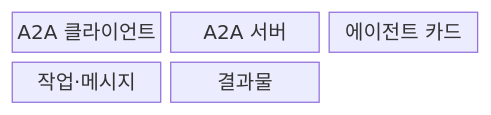
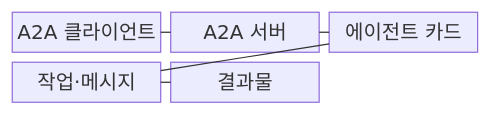
Before and after one commit to agnusdei1207/knowledge-base: the first of 2 diagrams in src/content/docs/notes/08-latest-tech/012_agent_to_agent_protocol.md, drawn with Mermaid. The commit also changed other lines of this file and 228 other files, not shown here.

````diff
--- a/src/content/docs/notes/08-latest-tech/012_agent_to_agent_protocol.md
+++ b/src/content/docs/notes/08-latest-tech/012_agent_to_agent_protocol.md
@@ -53,9 +52,13 @@
 ```mermaid
 block-beta
     columns 3
     C["A2A 클라이언트"]
     S["A2A 서버"]
     D["에이전트 카드"]
     T["작업·메시지"]
     A["결과물"]
+    C --- S
+    S --- D
+    D --- T
+    T --- A
 ```
````
